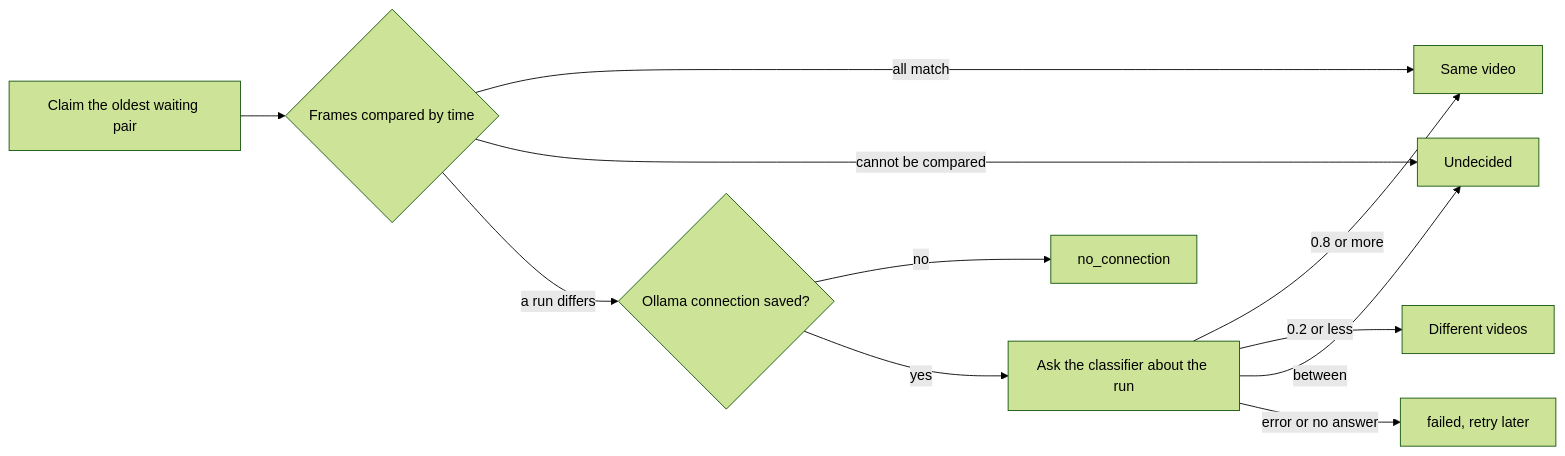
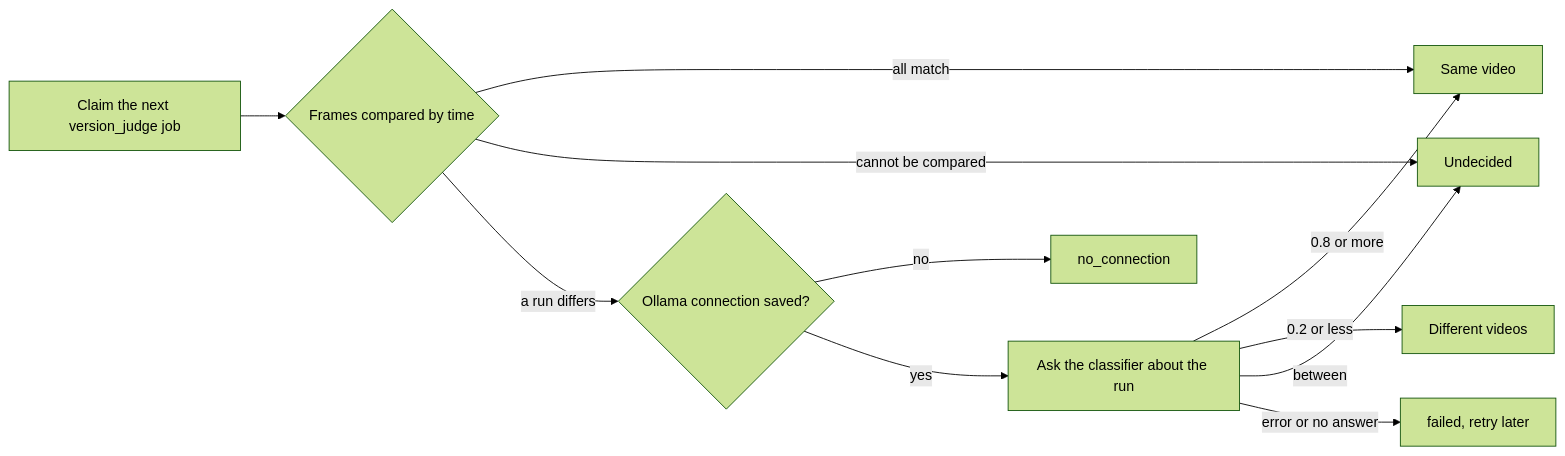
One commit to syudead/vv changed the diagram in docs/design-docs/duplicate-judging.md. Above: the diagram before and after it, drawn with Mermaid (forest theme). The commit also changed other lines of this file and 24 other files, not shown here.

````diff
--- a/docs/design-docs/duplicate-judging.md
+++ b/docs/design-docs/duplicate-judging.md
@@ -14,13 +17,13 @@
 ```mermaid
 flowchart LR
-  claim[Claim the oldest waiting pair] --> rule{Frames compared by time}
+  claim[Claim the next version_judge job] --> rule{Frames compared by time}
   rule -->|all match| same[Same video]
   rule -->|cannot be compared| undecided[Undecided]
   rule -->|a run differs| conn{Ollama connection saved?}
   conn -->|no| noconn[no_connection]
   conn -->|yes| ask[Ask the classifier about the run]
   ask -->|0.8 or more| same
   ask -->|0.2 or less| different[Different videos]
   ask -->|between| undecided
   ask -->|error or no answer| failed[failed, retry later]
 ```
````
